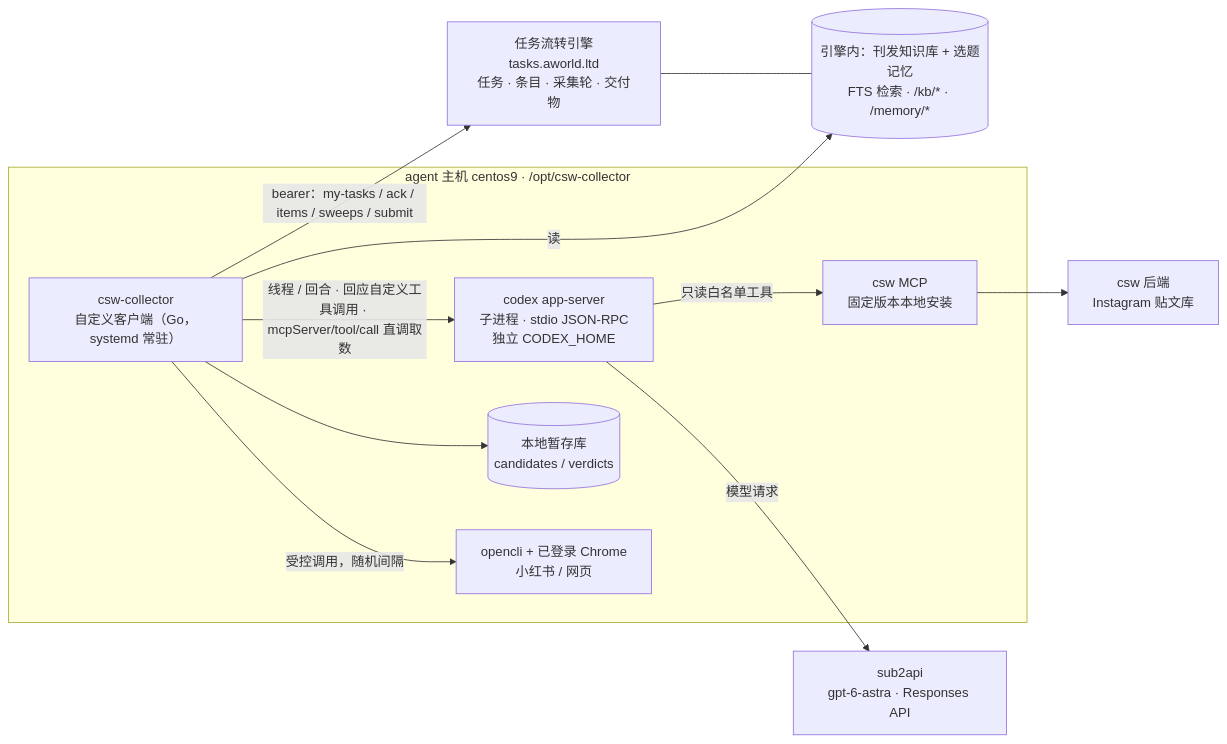
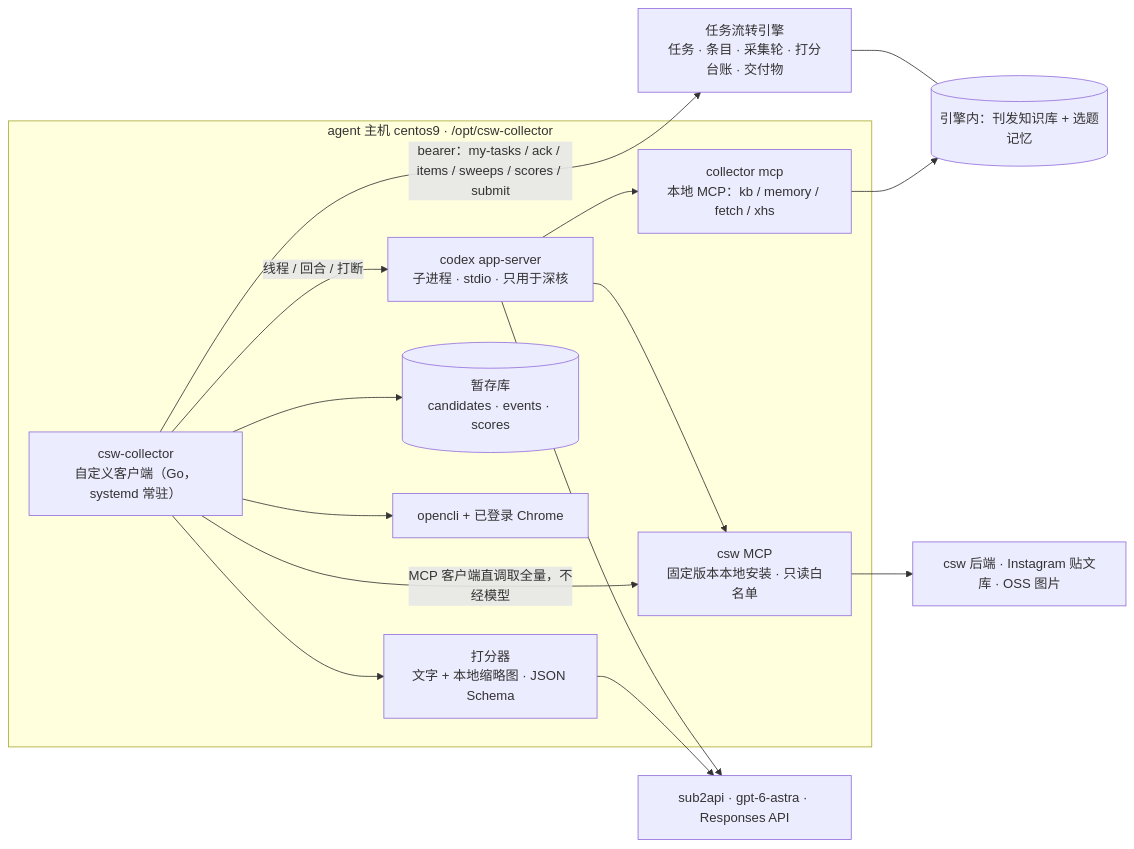
The diagram in docs/情报收集员_Codex采集引擎方案_20260918.md (azure1489/csw-agent-team), drawn with Mermaid before and after one commit. The commit also changed other lines of this file and 6 other files, not shown here.

````diff
--- a/docs/情报收集员_Codex采集引擎方案_20260918.md
+++ b/docs/情报收集员_Codex采集引擎方案_20260918.md
@@ -52,24 +68,25 @@
 ```mermaid
 flowchart LR
   subgraph HOST["agent 主机 centos9 · /opt/csw-collector"]
     C["csw-collector<br/>自定义客户端（Go，systemd 常驻）"]
-    X["codex app-server<br/>子进程 · stdio JSON-RPC<br/>独立 CODEX_HOME"]
-    S[("本地暂存库<br/>candidates / verdicts")]
-    O["opencli + 已登录 Chrome<br/>小红书 / 网页"]
-    M["csw MCP<br/>固定版本本地安装"]
+    S["打分器<br/>文字 + 本地缩略图 · JSON Schema"]
+    X["codex app-server<br/>子进程 · stdio · 只用于深核"]
+    T["collector mcp<br/>本地 MCP：kb / memory / fetch / xhs"]
+    ST[("暂存库<br/>candidates · events · scores")]
+    O["opencli + 已登录 Chrome"]
+    M["csw MCP<br/>固定版本本地安装 · 只读白名单"]
   end
-  E["任务流转引擎<br/>tasks.aworld.ltd<br/>任务 · 条目 · 采集轮 · 交付物"]
-  K[("引擎内：刊发知识库 + 选题记忆<br/>FTS 检索 · /kb/* · /memory/*")]
-  P["sub2api<br/>gpt-6-astra · Responses API"]
-  B["csw 后端<br/>Instagram 贴文库"]
-
-  C -- "bearer：my-tasks / ack / items / sweeps / submit" --> E
-  C -- "读" --> K
-  C -- "线程 / 回合 · 回应自定义工具调用 · mcpServer/tool/call 直调取数" --> X
-  X -- "只读白名单工具" --> M
-  M --> B
-  X -- "模型请求" --> P
-  C --> S
-  C -- "受控调用，随机间隔" --> O
+  E["任务流转引擎<br/>任务 · 条目 · 采集轮 · 打分台账 · 交付物"]
+  K[("引擎内：刊发知识库 + 选题记忆")]
+  P["sub2api · gpt-6-astra · Responses API"]
+  B["csw 后端 · Instagram 贴文库 · OSS 图片"]
+  C -- "bearer：my-tasks / ack / items / sweeps / scores / submit" --> E
+  C -- "MCP 客户端直调取全量，不经模型" --> M
+  C --> S --> P
+  C -- "线程 / 回合 / 打断" --> X --> P
+  X --> T --> K
+  X --> M --> B
+  C --> ST
+  C --> O
   E --- K
 ```
````
